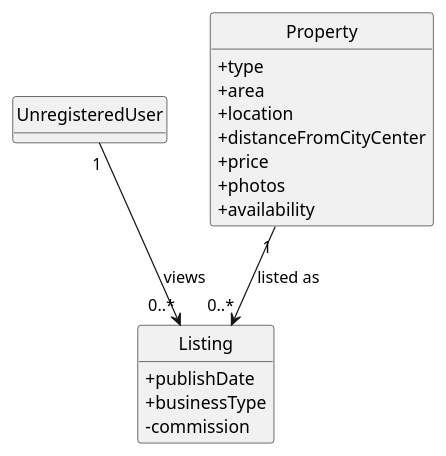
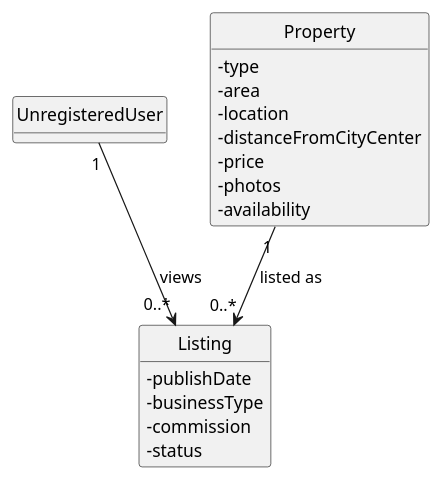
Before and after one commit to goncalomaia18/leti-esoft-24-25-A2: the diagram in docs/Sprint3/US20/US20-MD.puml, drawn with PlantUML. The commit also changed 3 other files, not shown here.

```diff
--- a/docs/Sprint3/US20/US20-MD.puml
+++ b/docs/Sprint3/US20/US20-MD.puml
@@ -1,27 +1,29 @@
 @startuml
 skinparam classAttributeIconSize 0
 hide circle
 hide methods
 
 class UnregisteredUser {
 }
 
 class Listing {
-    +publishDate
-    +businessType
+    -publishDate
+    -businessType
     -commission
+    -status
+
 }
 
 class Property {
-    +type
-    +area
-    +location
-    +distanceFromCityCenter
-    +price
-    +photos
-    +availability
+    -type
+    -area
+    -location
+    -distanceFromCityCenter
+    -price
+    -photos
+    -availability
 }
 
 UnregisteredUser "1" --> "0..*" Listing : views
 Property "1" --> "0..*" Listing : listed as
 @enduml
```
